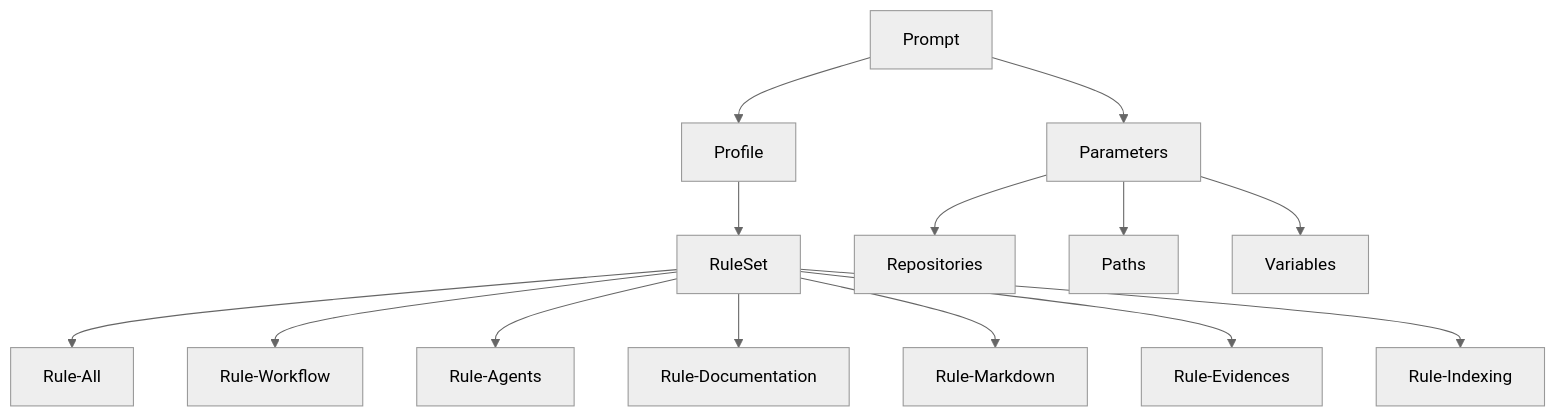
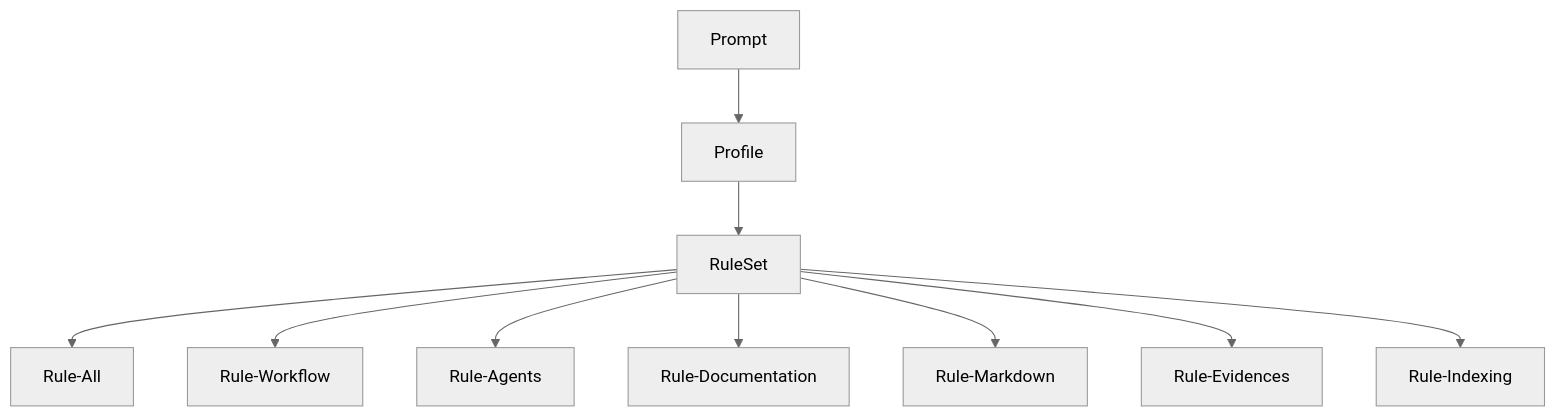
Before and after one commit to Aplicada-Streaming/IA.Prompting.Templates: the first of 4 diagrams in PromptFramework/Guides/Readme.md, drawn with Mermaid (neutral theme). The commit also changed other lines of this file and 31 other files, not shown here.

````diff
--- a/PromptFramework/Guides/Readme.md
+++ b/PromptFramework/Guides/Readme.md
@@ -56,16 +55,12 @@
 ```mermaid
 graph TD
     P[Prompt] --> PR[Profile]
-    P --> PA[Parameters]
     PR --> RS[RuleSet]
     RS --> R1[Rule-All]
     RS --> R2[Rule-Workflow]
     RS --> R3[Rule-Agents]
     RS --> R4[Rule-Documentation]
     RS --> R5[Rule-Markdown]
     RS --> R6[Rule-Evidences]
     RS --> R7[Rule-Indexing]
-    PA --> REP[Repositories]
-    PA --> PAT[Paths]
-    PA --> VAR[Variables]
 ```
````
